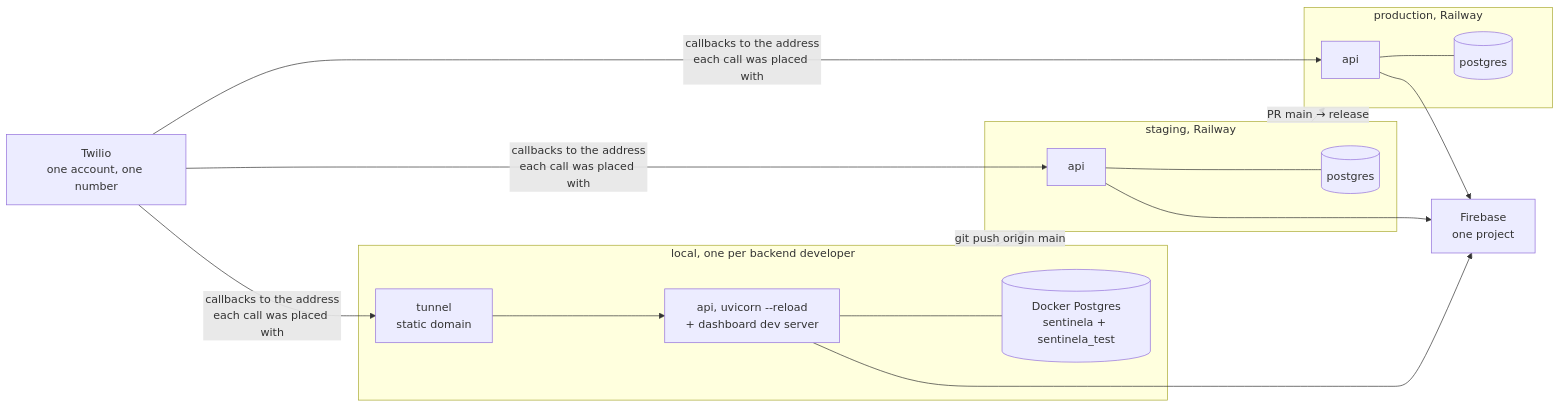
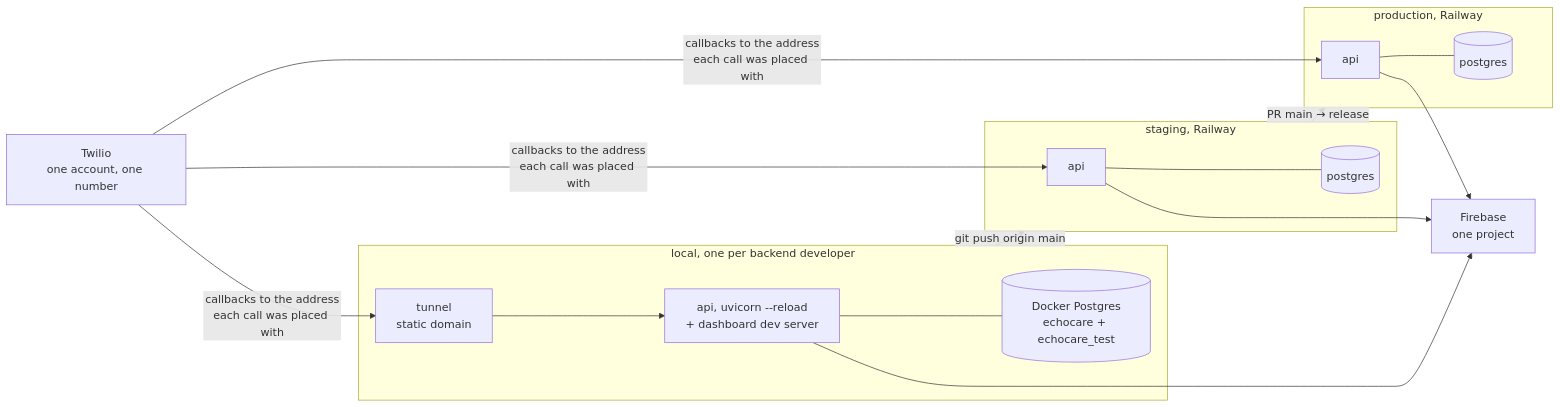
One commit to paulhondola/EchoCare changed the second of 3 diagrams in docs/adr/ADR-001-monorepo-and-delivery.md. Above: the diagram before and after it, drawn with Mermaid. The commit also changed other lines of this file and 27 other files, not shown here.

````diff
--- a/docs/adr/ADR-001-monorepo-and-delivery.md
+++ b/docs/adr/ADR-001-monorepo-and-delivery.md
@@ -342,26 +342,26 @@
 ```mermaid
 flowchart LR
     subgraph L["local, one per backend developer"]
         LAPI["api, uvicorn --reload<br/>+ dashboard dev server"]
-        LDB[("Docker Postgres<br/>sentinela + sentinela_test")]
+        LDB[("Docker Postgres<br/>echocare + echocare_test")]
         TUN["tunnel<br/>static domain"]
         LAPI --- LDB
         TUN --> LAPI
     end
 
     subgraph S["staging, Railway"]
         SAPI["api"] --- SDB[("postgres")]
     end
 
     subgraph P["production, Railway"]
         PAPI["api"] --- PDB[("postgres")]
     end
 
     TW["Twilio<br/>one account, one number"]
     FB["Firebase<br/>one project"]
 
     L -->|"git push origin main"| S
     S -->|"PR main → release"| P
     TW -->|"callbacks to the address<br/>each call was placed with"| TUN & SAPI & PAPI
     LAPI & SAPI & PAPI --> FB
 ```
````
